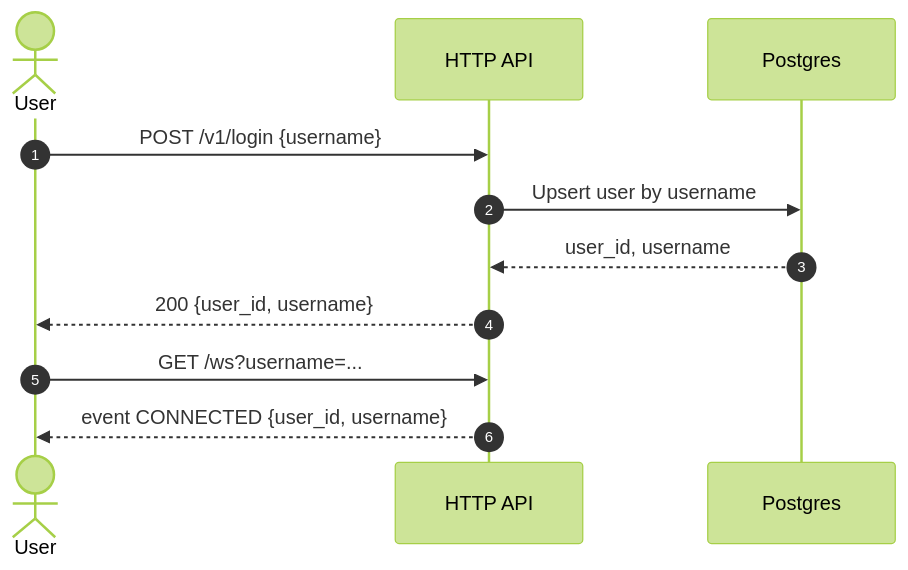
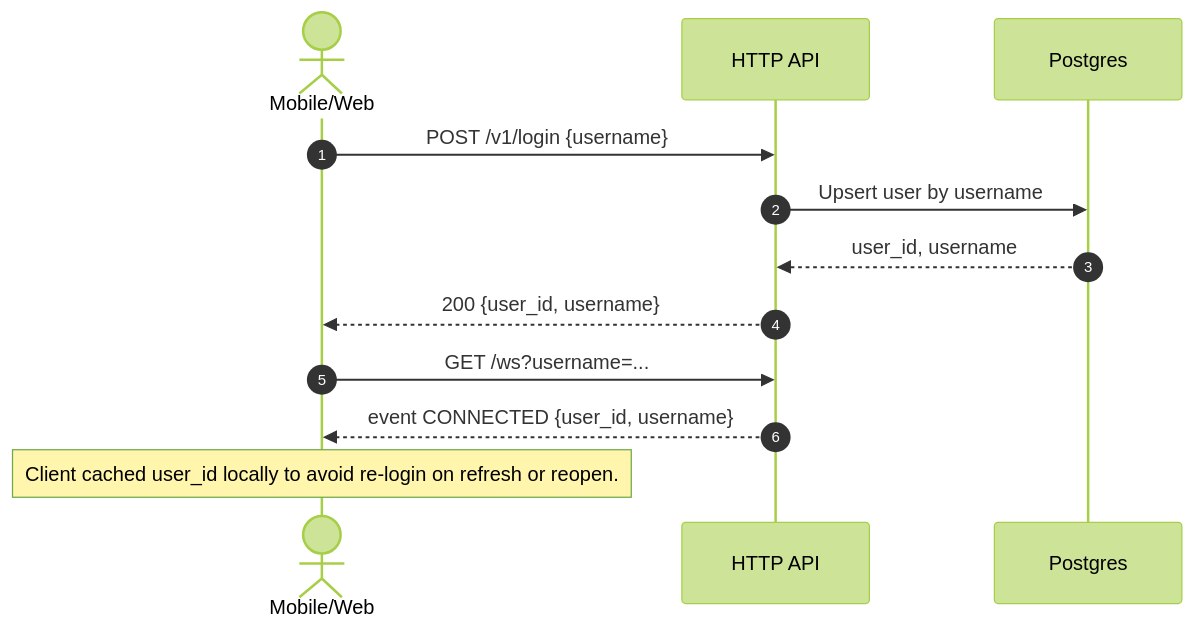
One commit to fakhrymubarak/share-location changed the first of 4 diagrams in backend/docs/architecture/end_to_end/README.md. Above: the diagram before and after it, drawn with Mermaid (forest theme). The commit also changed other lines of this file, not shown here.

Commit message:
docs: expand e2e sequences with clients and caching

````diff
--- a/backend/docs/architecture/end_to_end/README.md
+++ b/backend/docs/architecture/end_to_end/README.md
@@ -6,14 +6,15 @@
 ```mermaid
 sequenceDiagram
     autonumber
-    actor User
+    actor Client as Mobile/Web
     participant API as HTTP API
     participant DB as Postgres
 
-    User->>API: POST /v1/login {username}
+    Client->>API: POST /v1/login {username}
     API->>DB: Upsert user by username
     DB-->>API: user_id, username
-    API-->>User: 200 {user_id, username}
-    User->>API: GET /ws?username=...
-    API-->>User: event CONNECTED {user_id, username}
+    API-->>Client: 200 {user_id, username}
+    Client->>API: GET /ws?username=...
+    API-->>Client: event CONNECTED {user_id, username}
+    Note over Client: Client cached user_id locally to avoid re-login on refresh or reopen.
 ```
````
